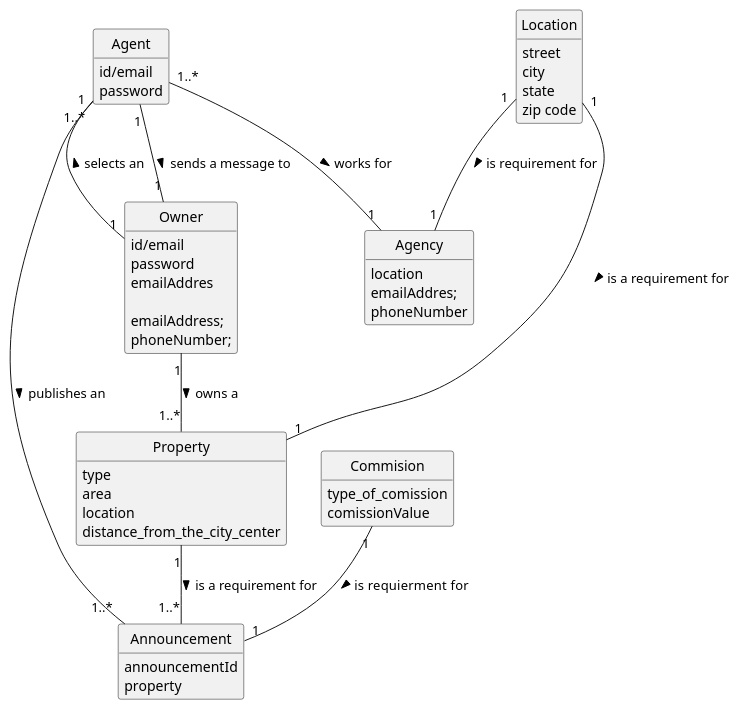
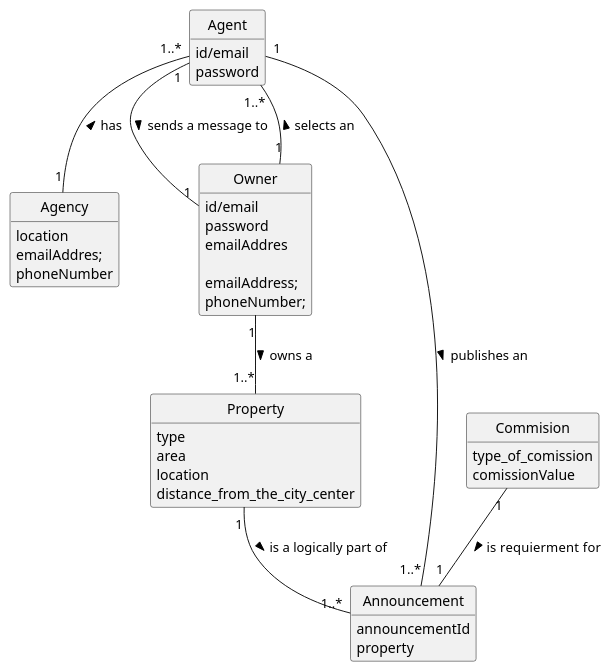
Before and after one commit to Rodrick0209/ISEP-LAPR2-22-23: the diagram in docs/Sprint-D/US002/02.analysis/puml/us002-domain-model.puml, drawn with PlantUML. The commit also changed 7 other files, not shown here.

```diff
--- a/docs/Sprint-D/US002/02.analysis/puml/us002-domain-model.puml
+++ b/docs/Sprint-D/US002/02.analysis/puml/us002-domain-model.puml
@@ -1,64 +1,57 @@
 @startuml
 skinparam monochrome true
 skinparam packageStyle rectangle
 skinparam shadowing false
 
 'left to right direction
 
 skinparam classAttributeIconSize 0
 
 hide circle
 hide methods
 
 class Agency{
     location
     emailAddres;
     phoneNumber
 }
 class Agent {
 id/email
 password
 }
 
-class Location{
-street
-city
-state
-zip code
-}
+
 
 class Owner {
 id/email
 password
 emailAddres
 
 emailAddress;
 phoneNumber;
 }
 
 class Property {
    type
    area
    location
     distance_from_the_city_center
 }
 
 class Announcement {
 announcementId
      property
   }
  class Commision {
      type_of_comission
      comissionValue
      }
 
 Owner "1" -- "1..*" Agent : selects an >
 Owner "1" -- "1..*" Property : owns a >
 Agent "1" -- "1..*" Announcement : publishes an >
-Agent "1..*" -- "1" Agency : works for >
-Property "1"-- "1..*"Announcement: is a requirement for  >
-Location "1"--"1" Property : is a requirement for >
-Location "1"--"1" Agency : is requirement for >
+Agent "1..*" -- "1" Agency : has <
+Property "1"-- "1..*"Announcement: is a logically part of  >
 Commision "1"--"1" Announcement : is requierment  for >
 Agent "1"--"1" Owner : sends a message to >
 @enduml
```
